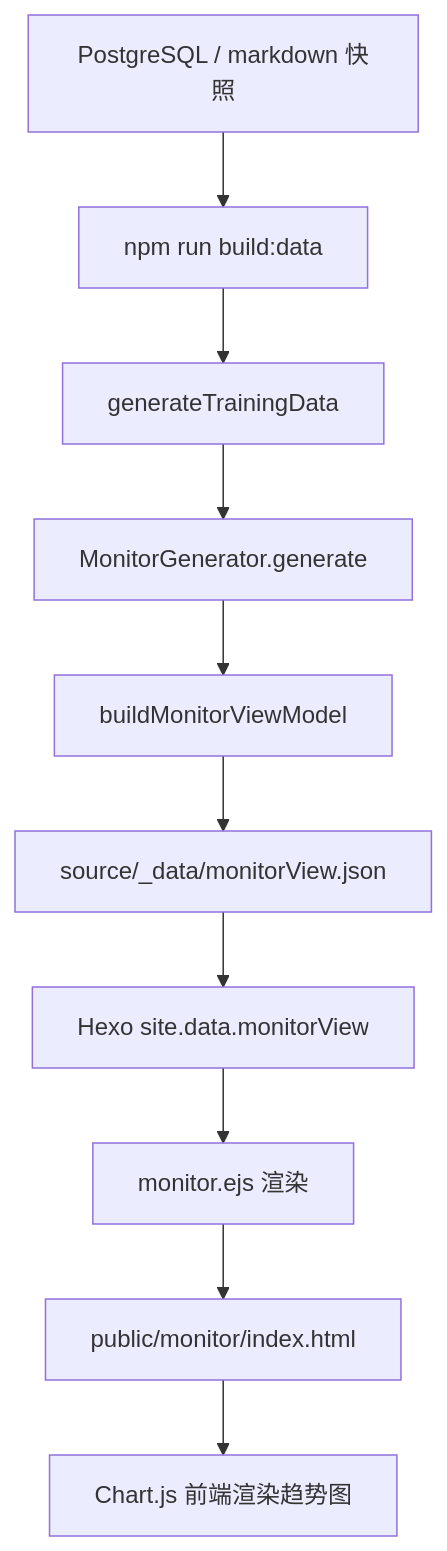
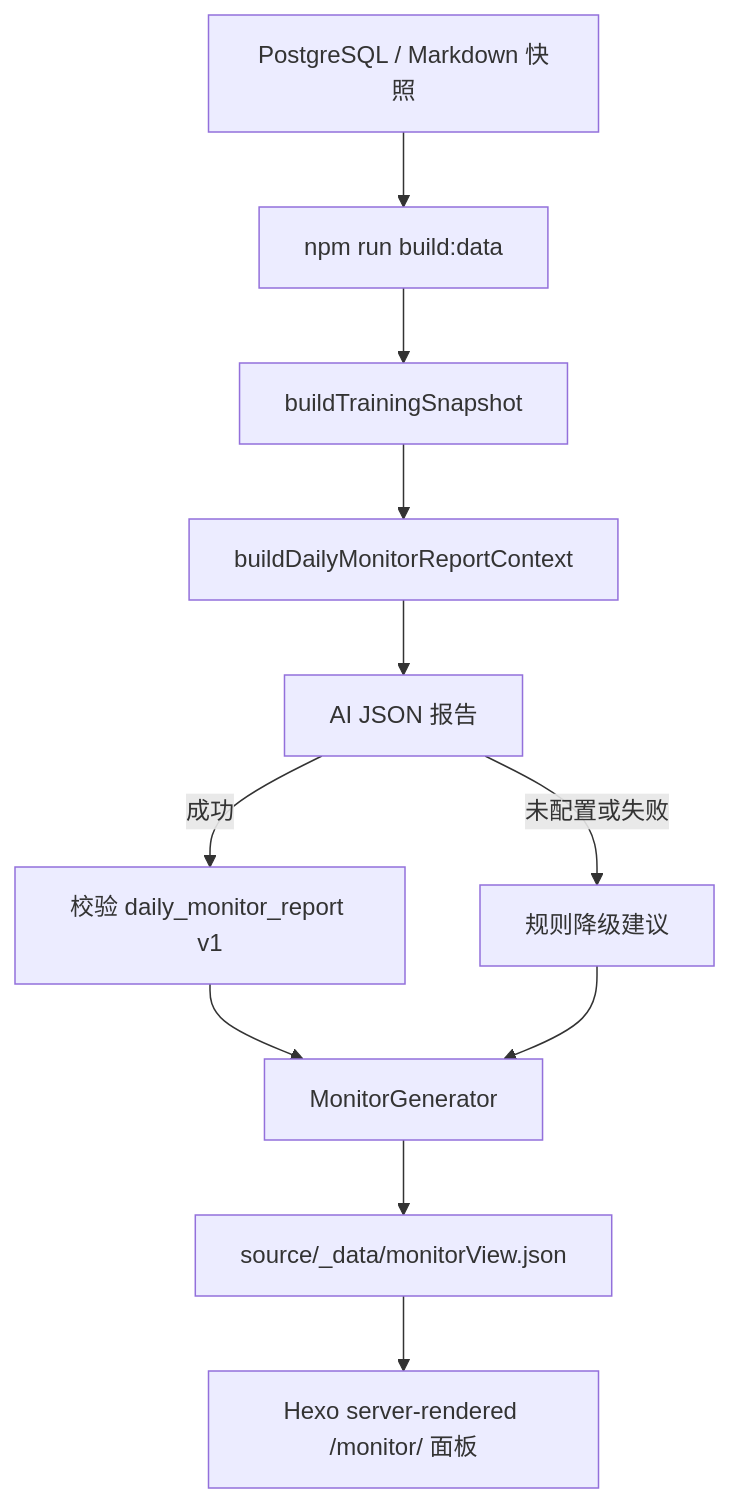
The diagram in docs/02_系统核心逻辑/训练监控逻辑.md (soulgo/training_records), drawn with Mermaid before and after one commit. The commit also changed other lines of this file and 28 other files, not shown here.

````diff
--- a/docs/02_系统核心逻辑/训练监控逻辑.md
+++ b/docs/02_系统核心逻辑/训练监控逻辑.md
@@ -7,12 +7,13 @@
 ```mermaid
 flowchart TD
-  A[PostgreSQL / markdown 快照] --> B[npm run build:data]
-  B --> C[generateTrainingData]
-  C --> D[MonitorGenerator.generate]
-  D --> E[buildMonitorViewModel]
-  E --> F[source/_data/monitorView.json]
-  F --> G[Hexo site.data.monitorView]
-  G --> H[monitor.ejs 渲染]
-  H --> I[public/monitor/index.html]
-  I --> J[Chart.js 前端渲染趋势图]
+  A[PostgreSQL / Markdown 快照] --> B[npm run build:data]
+  B --> C[buildTrainingSnapshot]
+  C --> D[buildDailyMonitorReportContext]
+  D --> E[AI JSON 报告]
+  E -->|成功| F[校验 daily_monitor_report v1]
+  E -->|未配置或失败| G[规则降级建议]
+  F --> H[MonitorGenerator]
+  G --> H
+  H --> I[source/_data/monitorView.json]
+  I --> J[Hexo server-rendered /monitor/ 面板]
 ```
````
